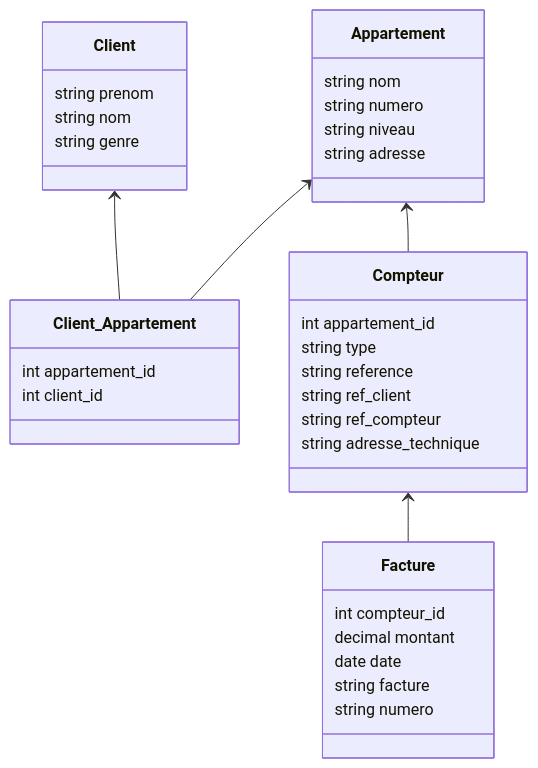
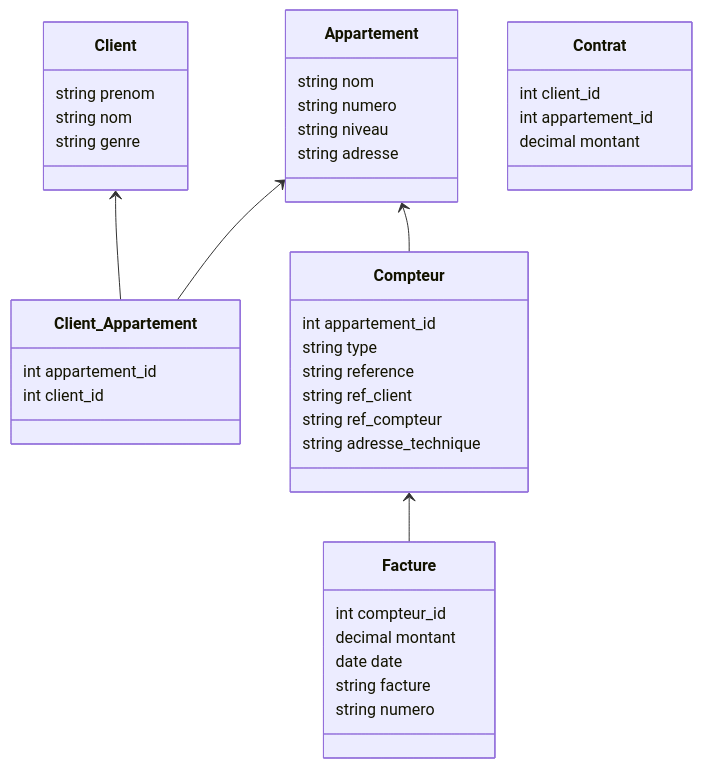
Before and after one commit to desmond8500/Building-management: the diagram in docs/Diagramme.md, drawn with Mermaid. The commit also changed 5 other files, not shown here.

````diff
--- a/docs/Diagramme.md
+++ b/docs/Diagramme.md
@@ -3,48 +3,54 @@
 ```mermaid
 classDiagram
 
 class Client{
     string prenom
     string nom
     string genre
 }
 
 Client <-- Client_Appartement
 Appartement <-- Client_Appartement
 Appartement <-- Compteur
 Compteur <-- Facture
 
 class Appartement{
     string nom
     string numero
     string niveau
     string adresse
 }
 
 class Compteur{
     int appartement_id
     string type
     string reference
     string ref_client
     string ref_compteur
     string adresse_technique
 }
 
 class Client_Appartement{
     int appartement_id
     int client_id
 }
 
 class Facture{
     int compteur_id
     decimal montant
     date date
     string facture
     string numero
 }
 
+class Contrat{
+    int client_id
+    int appartement_id
+    decimal montant
+}
+
 
 
 
 
 ```
````
